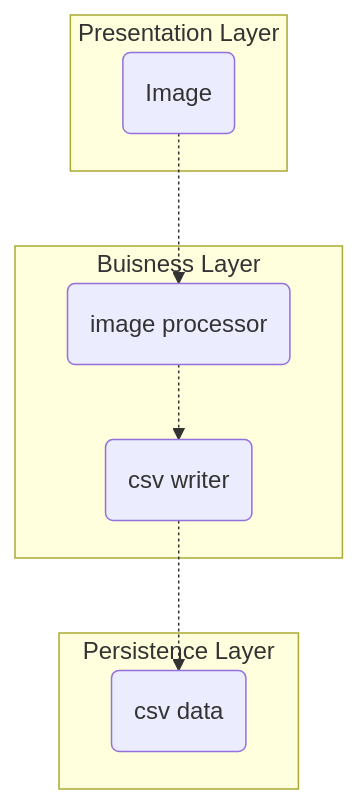
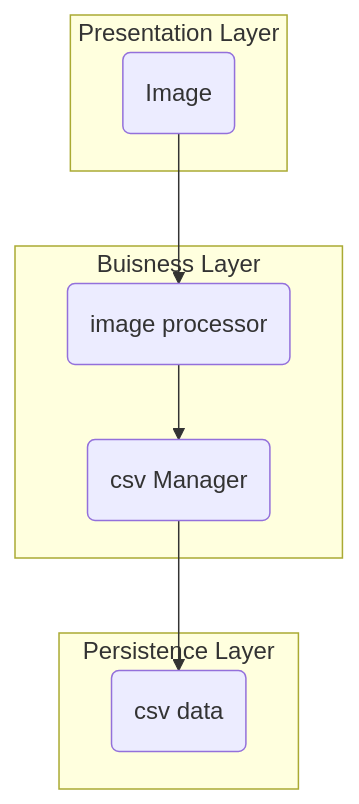
The second of 2 diagrams in README.md (pepetoni246/pattern_reconizer), drawn with Mermaid before and after one commit. The commit also changed other lines of this file and 4 other files, not shown here.

````diff
--- a/README.md
+++ b/README.md
@@ -16,16 +16,16 @@
 ```mermaid
 flowchart TB
     subgraph Presentation Layer
     A("Image")
     end
     subgraph Buisness Layer
     B("image processor")
-    C("csv writer")
+    C("csv Manager")
     end
     subgraph Persistence Layer
     D("csv data")
     end
-    A -.->B
-    B -.->C
-    C -.->D
+    A -->B
+    B -->C
+    C -->D
 ```
````
